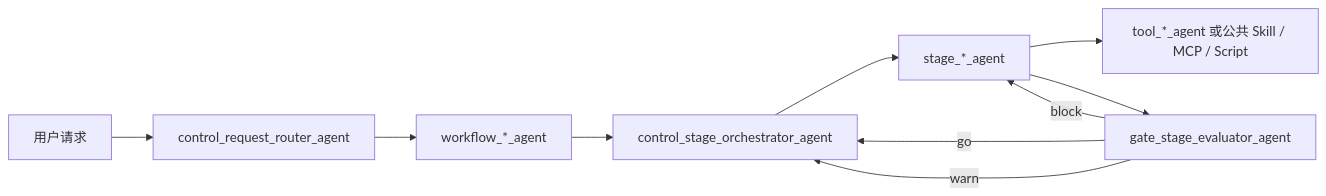
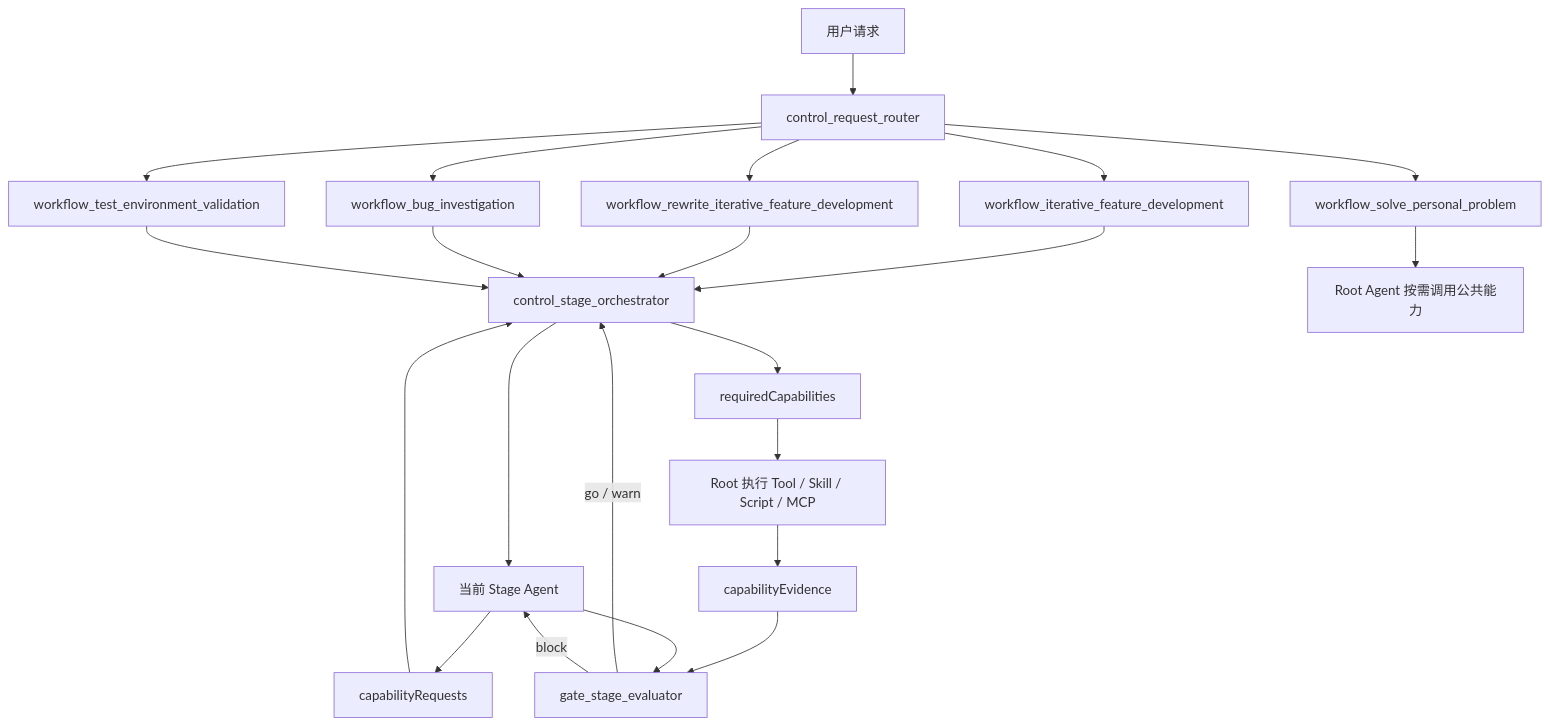
The diagram in my-multi-agents/00-先看这里/最新multi-agent流程总览.md (AllenQCH/obsidian_note), drawn with Mermaid before and after one commit. The commit also changed other lines of this file and 73 other files, not shown here.

````diff
--- a/my-multi-agents/00-先看这里/最新multi-agent流程总览.md
+++ b/my-multi-agents/00-先看这里/最新multi-agent流程总览.md
@@ -34,12 +21,26 @@
 ```mermaid
-flowchart LR
-    U["用户请求"] --> R["control_request_router_agent"]
-    R --> W["workflow_*_agent"]
-    W --> O["control_stage_orchestrator_agent"]
-    O --> S["stage_*_agent"]
-    S --> T["tool_*_agent 或公共 Skill / MCP / Script"]
-    S --> G["gate_stage_evaluator_agent"]
-    G -->|go| O
-    G -->|warn| O
-    G -->|block| S
+flowchart TD
+    U["用户请求"] --> R["control_request_router"]
+    R --> WI["workflow_iterative_feature_development"]
+    R --> WR["workflow_rewrite_iterative_feature_development"]
+    R --> WB["workflow_bug_investigation"]
+    R --> WT["workflow_test_environment_validation"]
+    R --> WP["workflow_solve_personal_problem"]
+
+    WI --> O["control_stage_orchestrator"]
+    WR --> O
+    WB --> O
+    WT --> O
+    WP --> ROOT["Root Agent 按需调用公共能力"]
+
+    O --> S["当前 Stage Agent"]
+    S --> Q["capabilityRequests"]
+    Q --> O
+    O --> RC["requiredCapabilities"]
+    RC --> ROOT2["Root 执行 Tool / Skill / Script / MCP"]
+    ROOT2 --> E["capabilityEvidence"]
+    E --> G["gate_stage_evaluator"]
+    S --> G
+    G -- "go / warn" --> O
+    G -- "block" --> S
 ```
````
